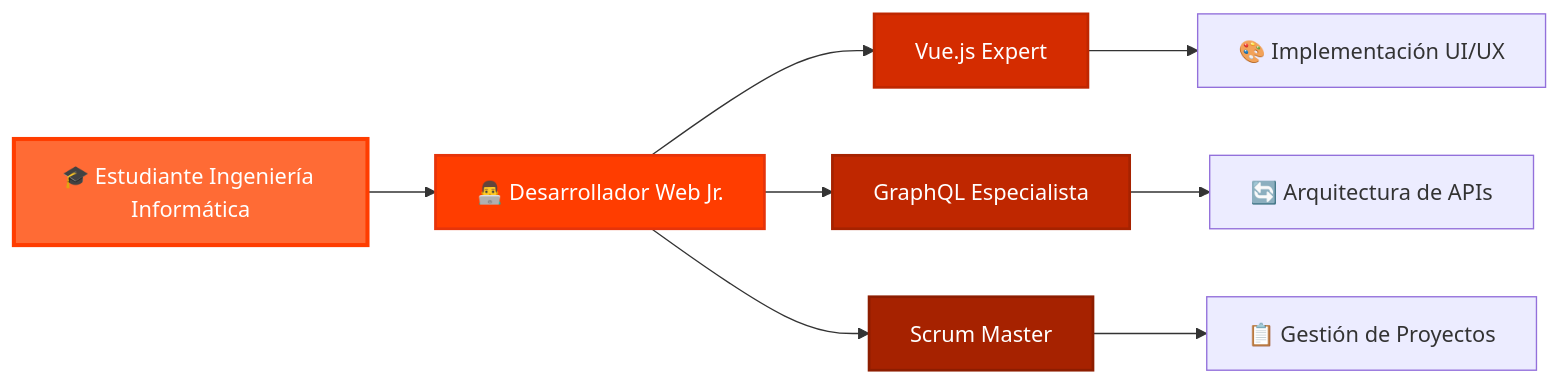
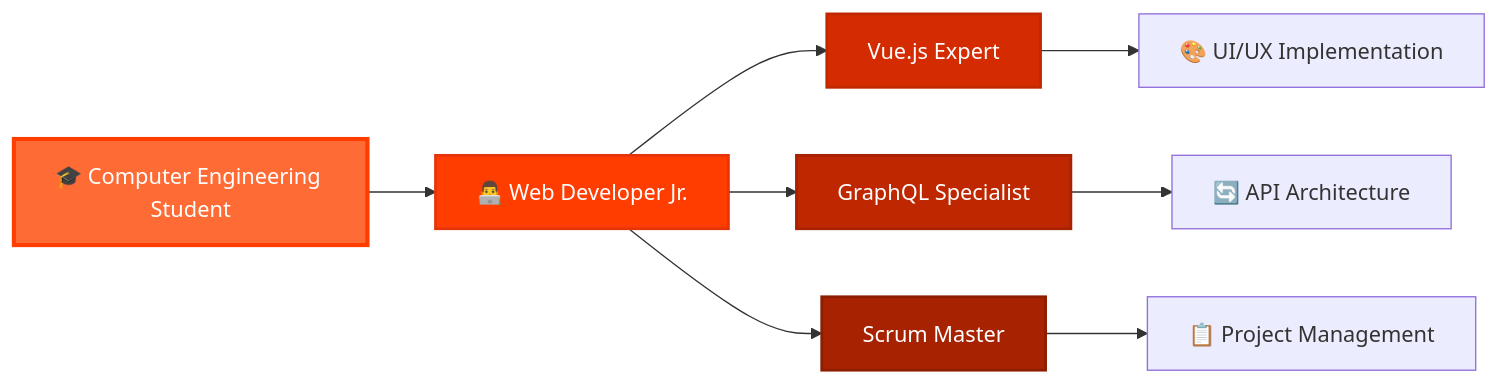
One commit to NachoOFC/nachoOFC changed the diagram in README.md. Above: the diagram before and after it, drawn with Mermaid. The commit also changed other lines of this file, not shown here.

````diff
--- a/README.md
+++ b/README.md
@@ -110,16 +111,16 @@
 ```mermaid
 graph LR
-    A[🎓 Estudiante Ingeniería Informática] --> B[👨‍💻 Desarrollador Web Jr.]
+    A[🎓 Computer Engineering Student] --> B[👨‍💻 Web Developer Jr.]
     B --> C[Vue.js Expert]
-    B --> D[GraphQL Especialista]
+    B --> D[GraphQL Specialist]
     B --> E[Scrum Master]
-    C --> F[🎨 Implementación UI/UX]
-    D --> G[🔄 Arquitectura de APIs]
-    E --> H[📋 Gestión de Proyectos]
+    C --> F[🎨 UI/UX Implementation]
+    D --> G[🔄 API Architecture]
+    E --> H[📋 Project Management]
     
     style A fill:#ff6b35,stroke:#ff3d00,stroke-width:3px,color:#fff
     style B fill:#ff3d00,stroke:#e6340a,stroke-width:2px,color:#fff
     style C fill:#d42c00,stroke:#bf2700,stroke-width:2px,color:#fff
     style D fill:#bf2700,stroke:#a62200,stroke-width:2px,color:#fff
     style E fill:#a62200,stroke:#8d1d00,stroke-width:2px,color:#fff
 ```
````
